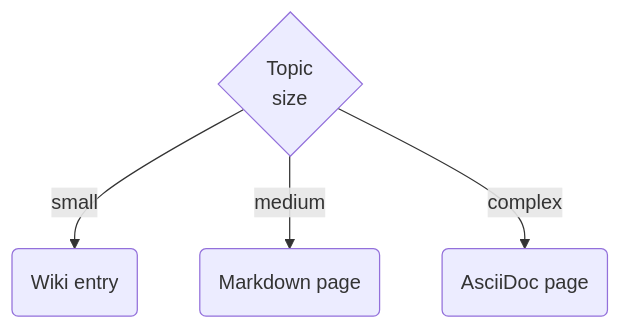
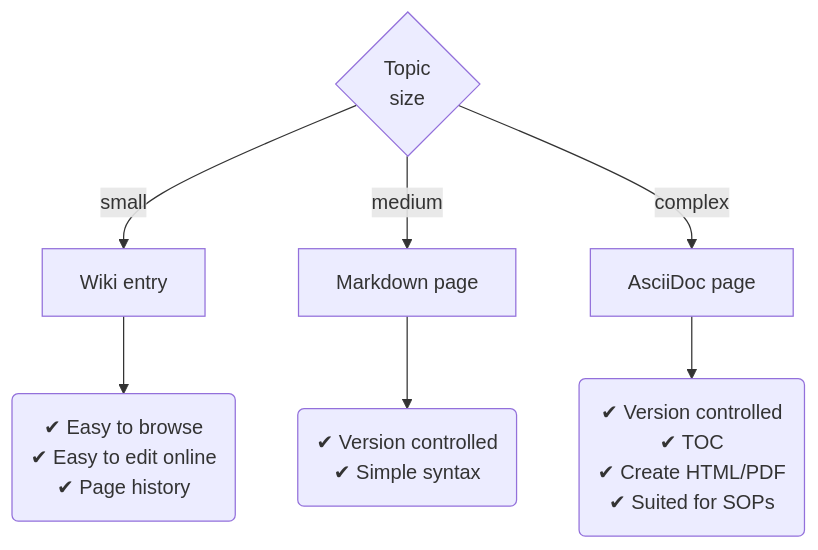
Before and after one commit to cbmed/test_wiki_public: the second of 2 diagrams in README.md, drawn with Mermaid. The commit also changed other lines of this file, not shown here.

````diff
--- a/README.md
+++ b/README.md
@@ -26,6 +26,9 @@
 ```mermaid
 flowchart TD
-    A{Topic\nsize} -->|small| B(Wiki entry)
-    A -->|medium| C(Markdown page)
-    A -->|complex| D(AsciiDoc page)
+    A{Topic\nsize} -->|small| B[Wiki entry]
+    B -->F(✔ Easy to browse\n✔ Easy to edit online\n✔ Page history)
+    A -->|medium| C[Markdown page]
+    C -->G(✔ Version controlled\n✔ Simple syntax)
+    A -->|complex| D[AsciiDoc page]
+    D -->E(✔ Version controlled\n✔ TOC\n✔ Create HTML/PDF\n✔ Suited for SOPs)
 ```
````
